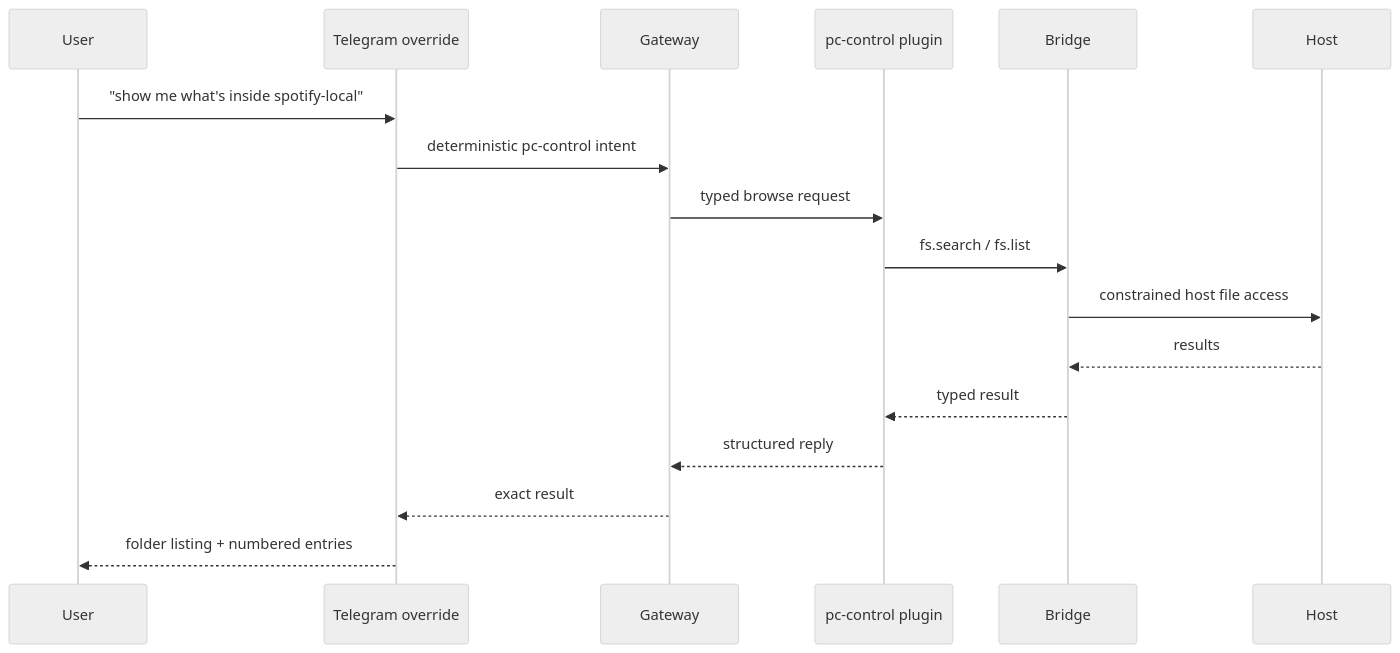
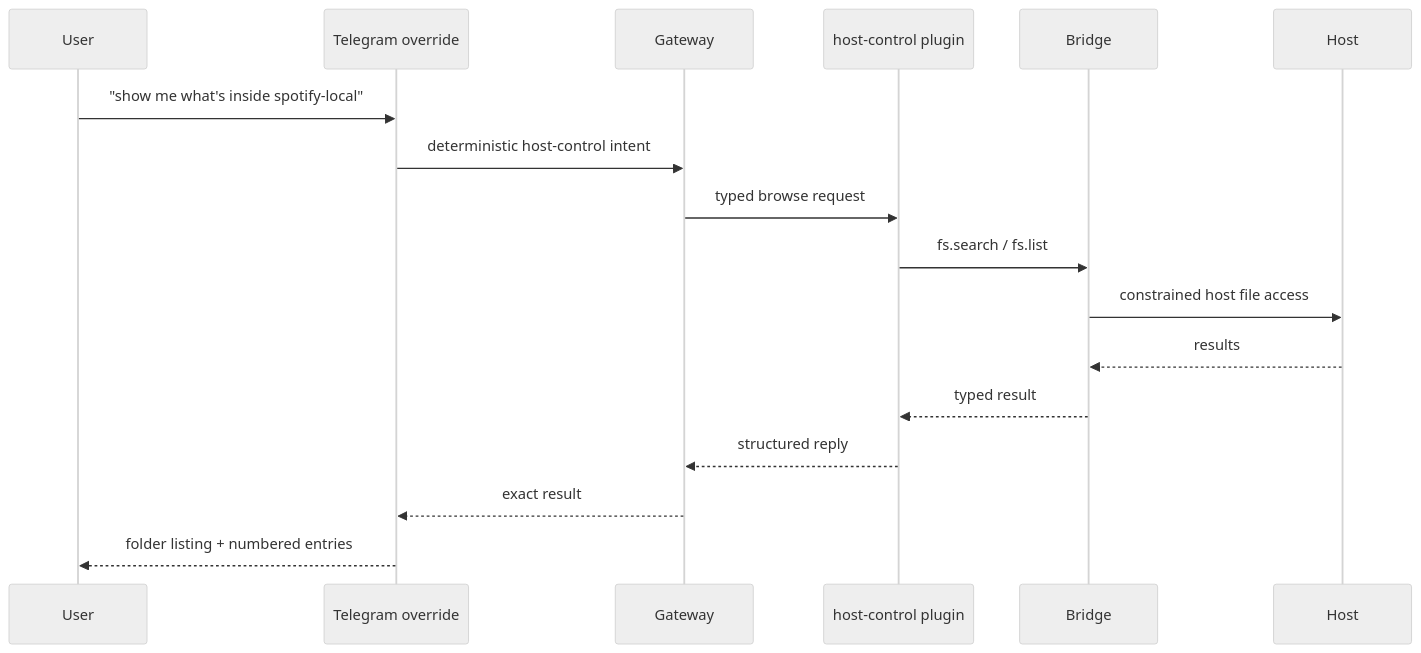
One commit to mfshaf7/openclaw-isolated-deployment changed the third of 5 diagrams in docs/architecture-overview.md. Above: the diagram before and after it, drawn with Mermaid (neutral theme). The commit also changed other lines of this file and 31 other files, not shown here.

Commit message:
refactor: rename host capability to host-control

````diff
--- a/docs/architecture-overview.md
+++ b/docs/architecture-overview.md
@@ -188,20 +188,20 @@
 ```mermaid
 sequenceDiagram
     participant U as User
     participant T as Telegram override
     participant G as Gateway
-    participant P as pc-control plugin
+    participant P as host-control plugin
     participant B as Bridge
     participant H as Host
 
     U->>T: "show me what's inside spotify-local"
-    T->>G: deterministic pc-control intent
+    T->>G: deterministic host-control intent
     G->>P: typed browse request
     P->>B: fs.search / fs.list
     B->>H: constrained host file access
     H-->>B: results
     B-->>P: typed result
     P-->>G: structured reply
     G-->>T: exact result
     T-->>U: folder listing + numbered entries
 ```
````
